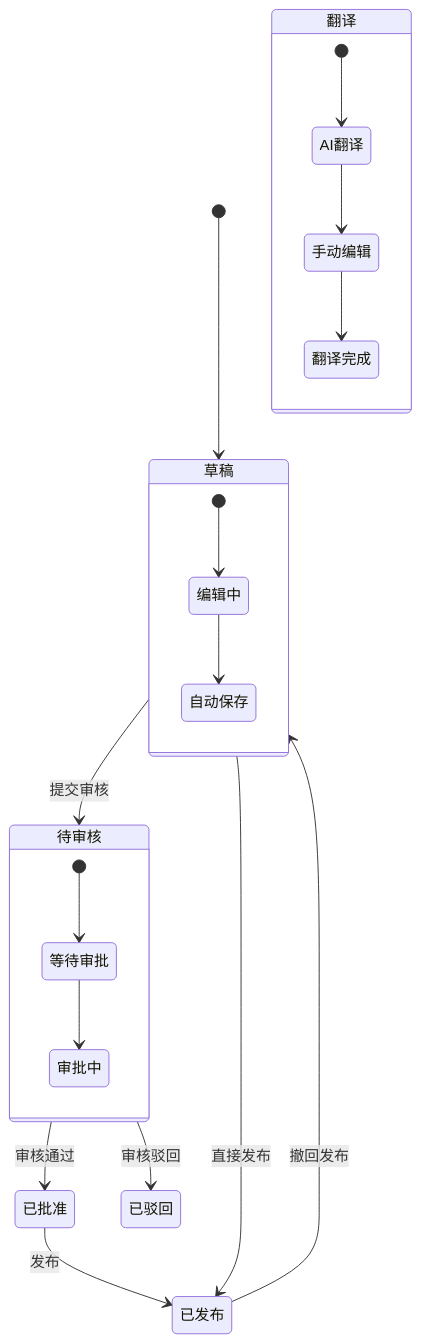
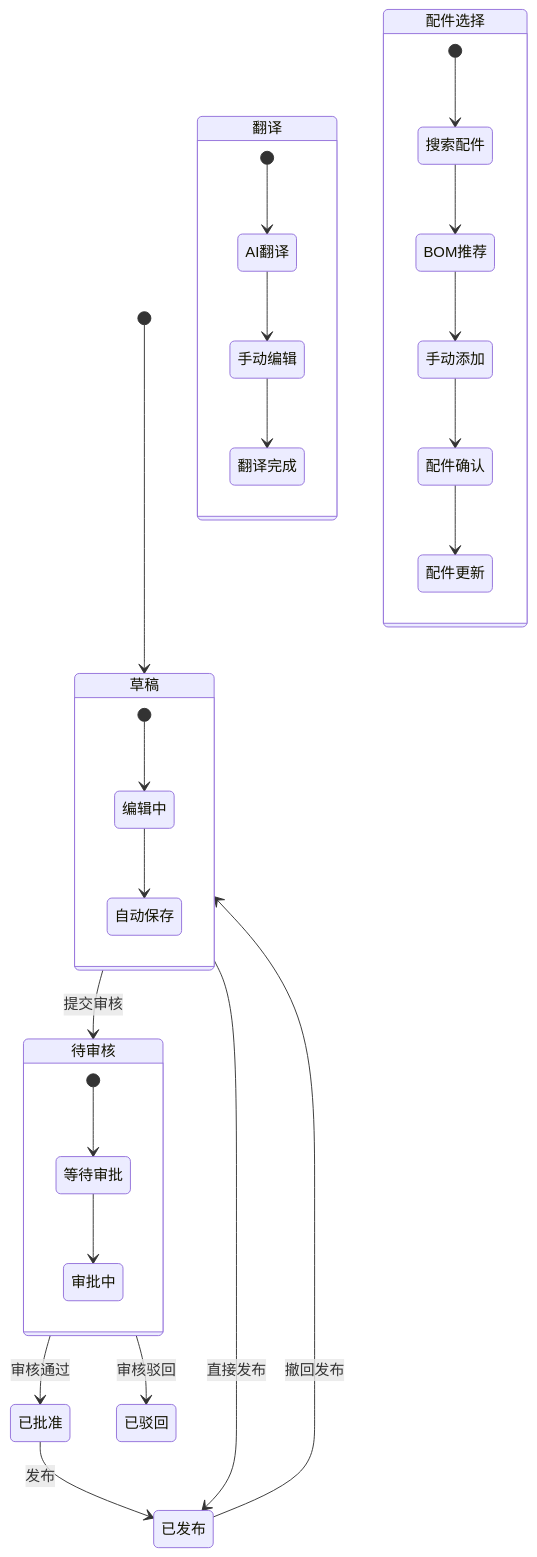
Before and after one commit to CubeEdge/Longhorn: the third of 45 diagrams in .qoder/repowiki/zh/content/Repair Report Editor Component.md, drawn with Mermaid. The commit also changed other lines of this file and 28 other files, not shown here.

````diff
--- a/.qoder/repowiki/zh/content/Repair Report Editor Component.md
+++ b/.qoder/repowiki/zh/content/Repair Report Editor Component.md
@@ -217,23 +260,30 @@
 ```mermaid
 stateDiagram-v2
 [*] --> 草稿
 草稿 --> 待审核 : 提交审核
 待审核 --> 已批准 : 审核通过
 待审核 --> 已驳回 : 审核驳回
 已批准 --> 已发布 : 发布
 草稿 --> 已发布 : 直接发布
 已发布 --> 草稿 : 撤回发布
 state 草稿 {
 [*] --> 编辑中
 编辑中 --> 自动保存
 }
 state 待审核 {
 [*] --> 等待审批
 等待审批 --> 审批中
 }
 state 翻译 {
 [*] --> AI翻译
 AI翻译 --> 手动编辑
 手动编辑 --> 翻译完成
 }
+state 配件选择 {
+[*] --> 搜索配件
+搜索配件 --> BOM推荐
+BOM推荐 --> 手动添加
+手动添加 --> 配件确认
+配件确认 --> 配件更新
+}
 ```
````
